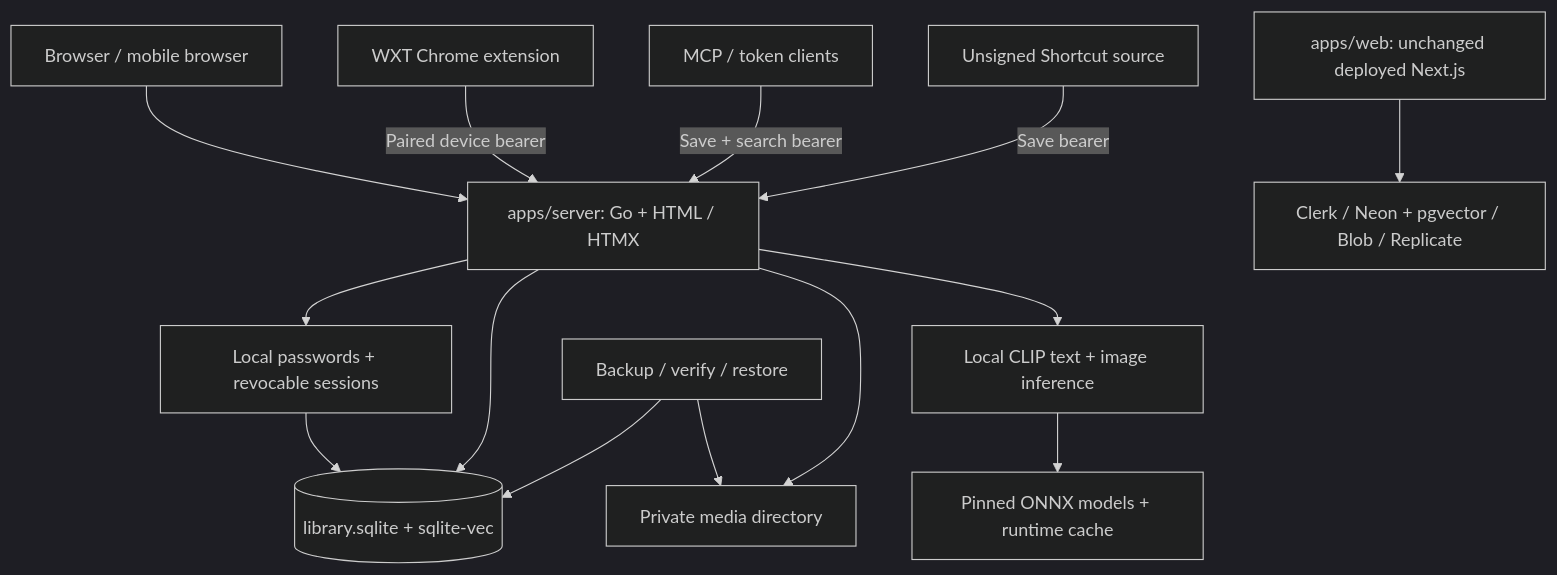
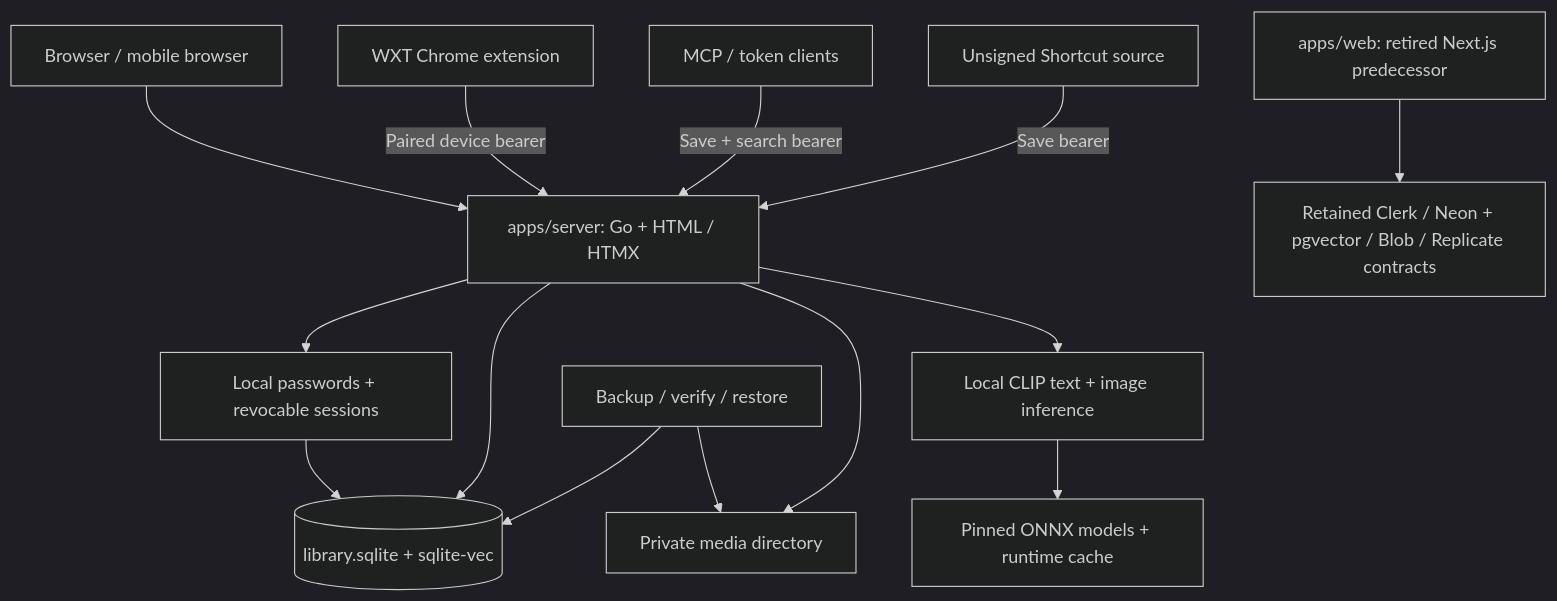
The diagram in ARCHITECTURE.md (misty-step/sploot), drawn with Mermaid (dark theme) before and after one commit. The commit also changed other lines of this file and 14 other files, not shown here.

````diff
--- a/ARCHITECTURE.md
+++ b/ARCHITECTURE.md
@@ -32,16 +33,16 @@
 ```mermaid
 graph TB
   U[Browser / mobile browser] --> GO[apps/server: Go + HTML / HTMX]
   EXT[WXT Chrome extension] -->|Paired device bearer| GO
   AGENT[MCP / token clients] -->|Save + search bearer| GO
   IOS[Unsigned Shortcut source] -->|Save bearer| GO
   GO --> AUTH[Local passwords + revocable sessions]
   AUTH --> DB[(library.sqlite + sqlite-vec)]
   GO --> DB
   GO --> MEDIA[Private media directory]
   GO --> CPU[Local CLIP text + image inference]
   CPU --> CACHE[Pinned ONNX models + runtime cache]
   RECOVERY[Backup / verify / restore] --> DB
   RECOVERY --> MEDIA
-  NEXT[apps/web: unchanged deployed Next.js] --> VENDOR[Clerk / Neon + pgvector / Blob / Replicate]
+  NEXT[apps/web: retired Next.js predecessor] --> VENDOR[Retained Clerk / Neon + pgvector / Blob / Replicate contracts]
 ```
````
